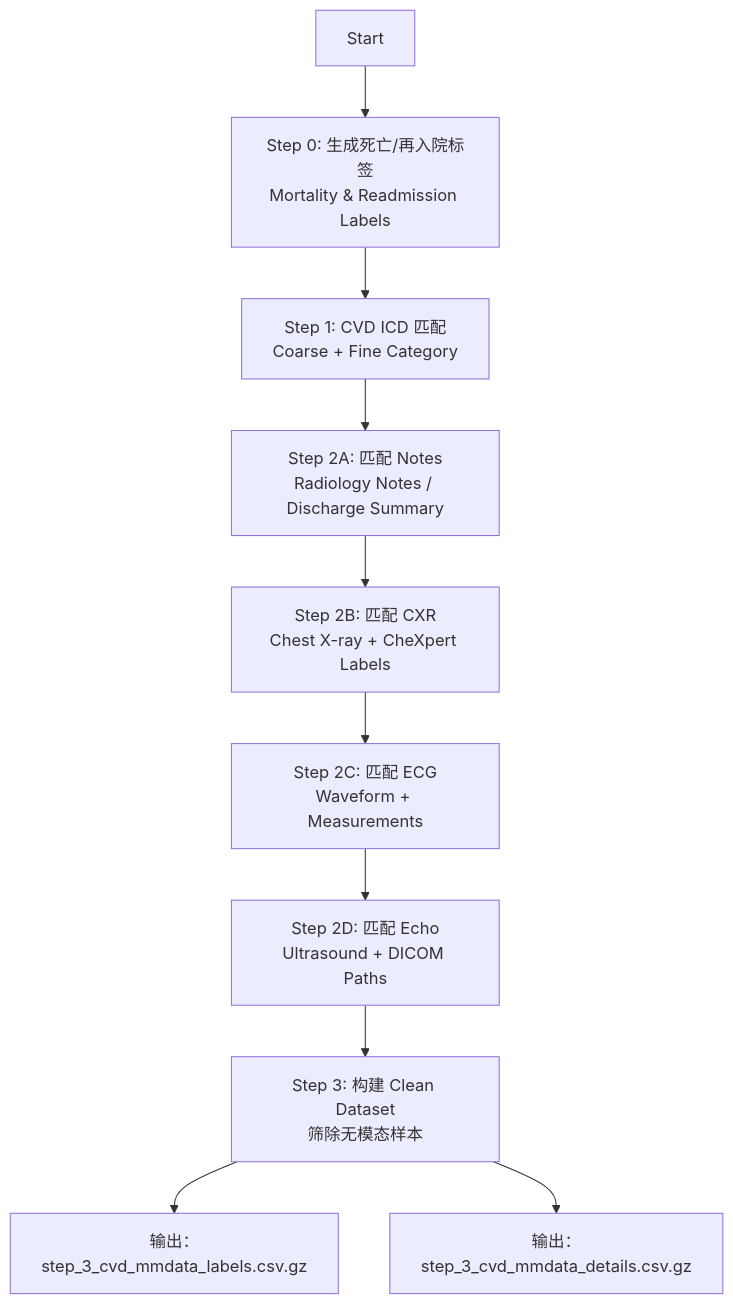
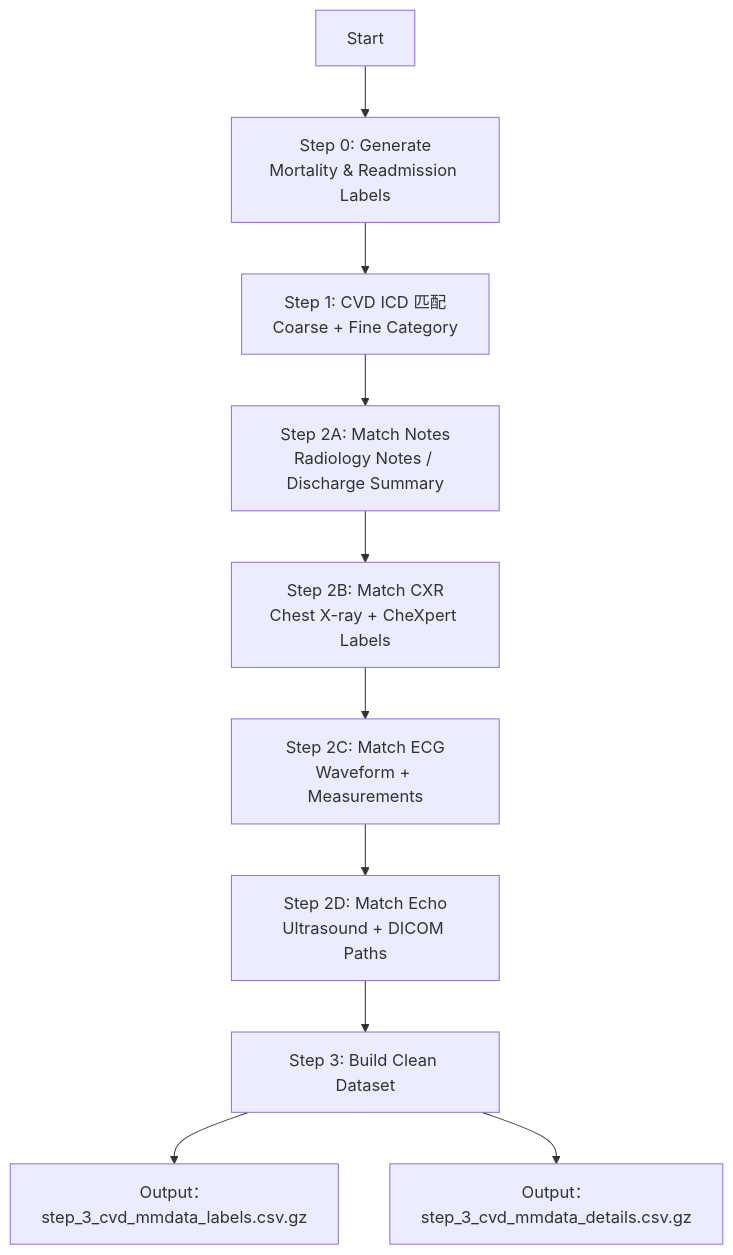
The diagram in README.md (fdong-pcl/MIMIC-CVM), drawn with Mermaid before and after one commit.

````diff
--- a/README.md
+++ b/README.md
@@ -310,23 +310,22 @@
 ```mermaid
 flowchart TD
-    A0[Start] --> S0[Step 0: 生成死亡/再入院标签
+    A0[Start] --> S0[Step 0: Generate
 Mortality & Readmission Labels]
 
     S0 --> S1[Step 1: CVD ICD 匹配
 Coarse + Fine Category]
 
-    S1 --> S2A[Step 2A: 匹配 Notes
+    S1 --> S2A[Step 2A: Match Notes
 Radiology Notes / Discharge Summary]
-    S2A --> S2B[Step 2B: 匹配 CXR
+    S2A --> S2B[Step 2B: Match CXR
 Chest X-ray + CheXpert Labels]
-    S2B --> S2C[Step 2C: 匹配 ECG
+    S2B --> S2C[Step 2C: Match ECG
 Waveform + Measurements]
-    S2C --> S2D[Step 2D: 匹配 Echo
+    S2C --> S2D[Step 2D: Match Echo
 Ultrasound + DICOM Paths]
 
-    S2D --> S3[Step 3: 构建 Clean Dataset
-筛除无模态样本]
+    S2D --> S3[Step 3: Build Clean Dataset]
 
-    S3 --> OUT1[输出：step_3_cvd_mmdata_labels.csv.gz]
-    S3 --> OUT2[输出：step_3_cvd_mmdata_details.csv.gz]
+    S3 --> OUT1[Output：step_3_cvd_mmdata_labels.csv.gz]
+    S3 --> OUT2[Output：step_3_cvd_mmdata_details.csv.gz]
 ```
````
